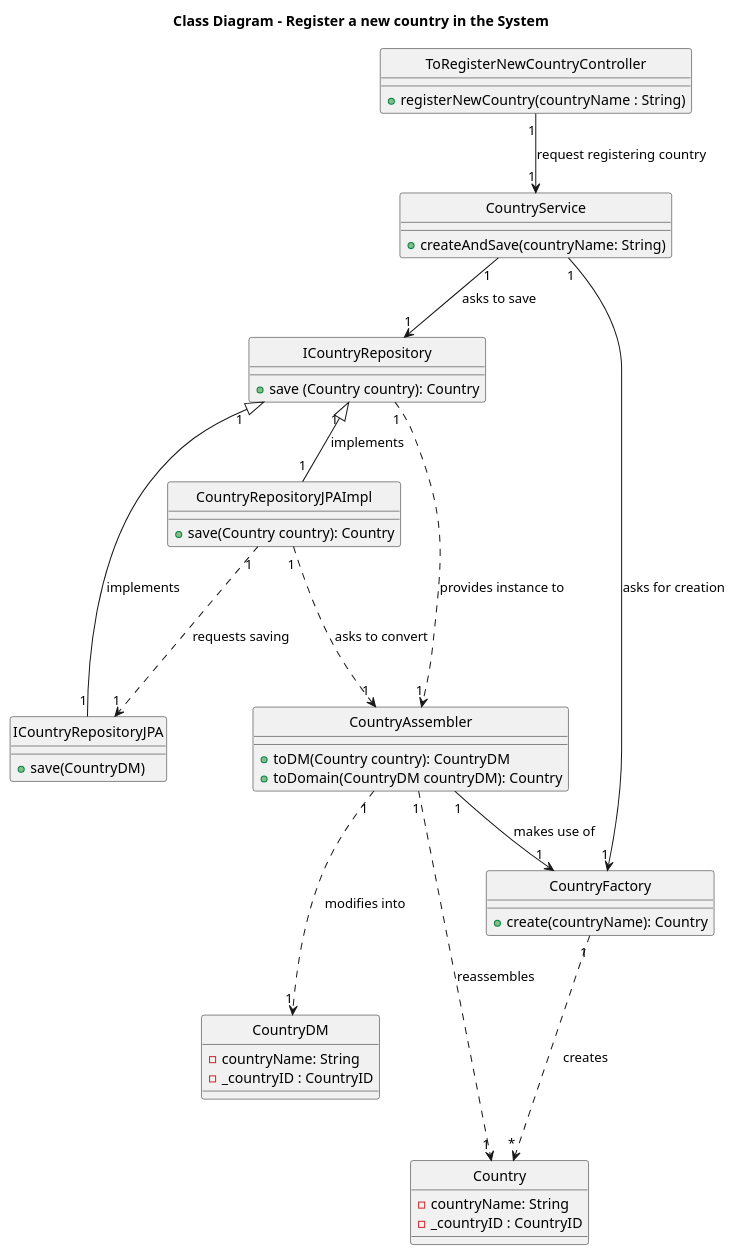
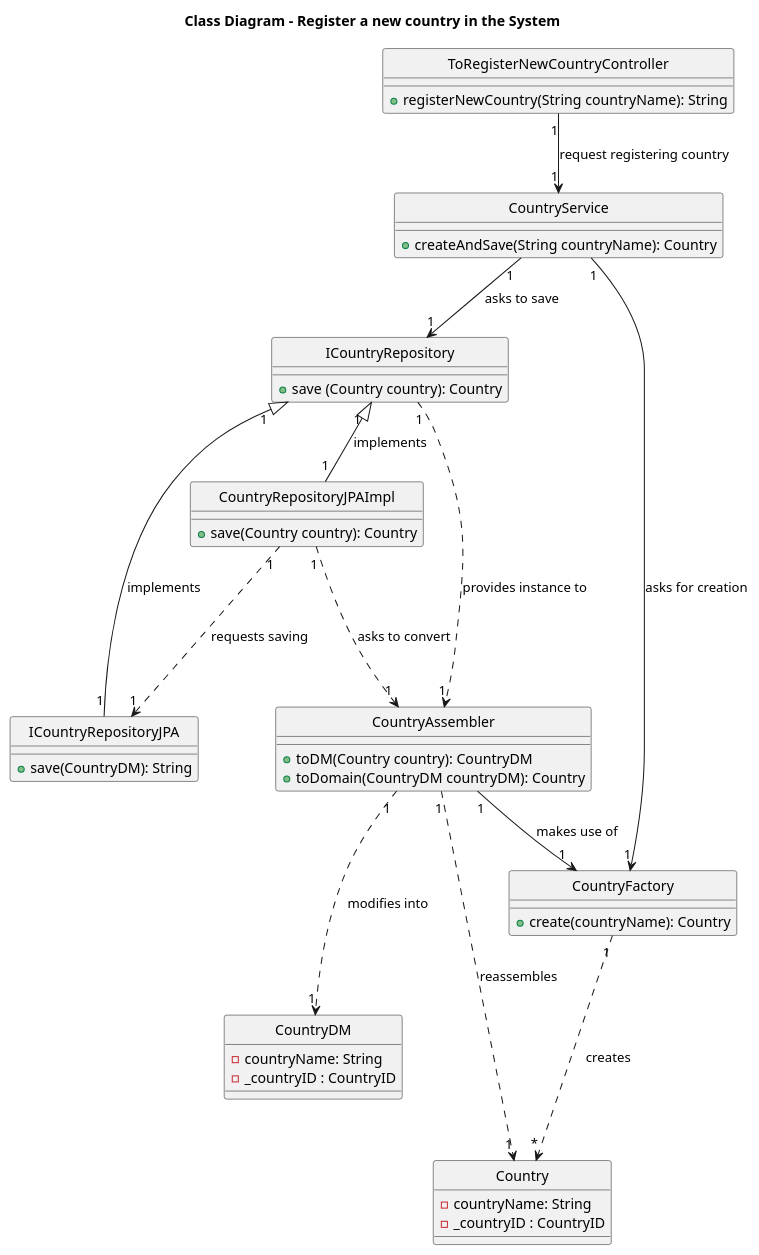
Before and after one commit to AndrePereiraGitH/SWitCH-Project-Team_A: the diagram in Diagrams/ClassDiagrams/To-register-a-new-country-in-the-system.puml, drawn with PlantUML. The commit also changed 1 other file, not shown here.

```diff
--- a/Diagrams/ClassDiagrams/To-register-a-new-country-in-the-system.puml
+++ b/Diagrams/ClassDiagrams/To-register-a-new-country-in-the-system.puml
@@ -1,60 +1,60 @@
 @startuml
 
 title Class Diagram - Register a new country in the System
 hide circle
 
 
 class ICountryRepository {
     +save (Country country): Country
     }
 
 class CountryFactory {
     +create(countryName): Country
 }
 
 class ToRegisterNewCountryController{
-  + registerNewCountry(countryName : String)
+  + registerNewCountry(String countryName): String
 }
 
 class CountryService {
-+createAndSave(countryName: String)
++createAndSave(String countryName): Country
 }
 
 class CountryAssembler{
 +toDM(Country country): CountryDM
 +toDomain(CountryDM countryDM): Country
 }
 
 class ICountryRepositoryJPA{
-+save(CountryDM)
++save(CountryDM): String
 }
 
 class CountryDM{
 -countryName: String
 -_countryID : CountryID
 }
 
 
 class Country {
 -countryName: String
 -_countryID : CountryID
 }
 
 class CountryRepositoryJPAImpl {
 +save(Country country): Country
 }
 
 ' Interactions
 ToRegisterNewCountryController "1" --> "1" CountryService : request registering country
 CountryService "1" --> "1" CountryFactory : asks for creation
 CountryService "1" --> "1" ICountryRepository : asks to save
 ICountryRepositoryJPA "1" --|> "1" ICountryRepository : implements
 ICountryRepository "                      1" <|-- "1" CountryRepositoryJPAImpl : implements
 CountryRepositoryJPAImpl "1" .--> "1" CountryAssembler : asks to convert
 CountryRepositoryJPAImpl "1" .--> "1" ICountryRepositoryJPA : requests saving
 ICountryRepository "1" .--> "1" CountryAssembler : provides instance to
 CountryAssembler "1" .--> "1" CountryDM : modifies into
 CountryAssembler "1" --> "1" CountryFactory : makes use of
 CountryAssembler "1" .--> "1" Country : reassembles
 CountryFactory "1" .--> "*" Country : creates
 @enduml
```
